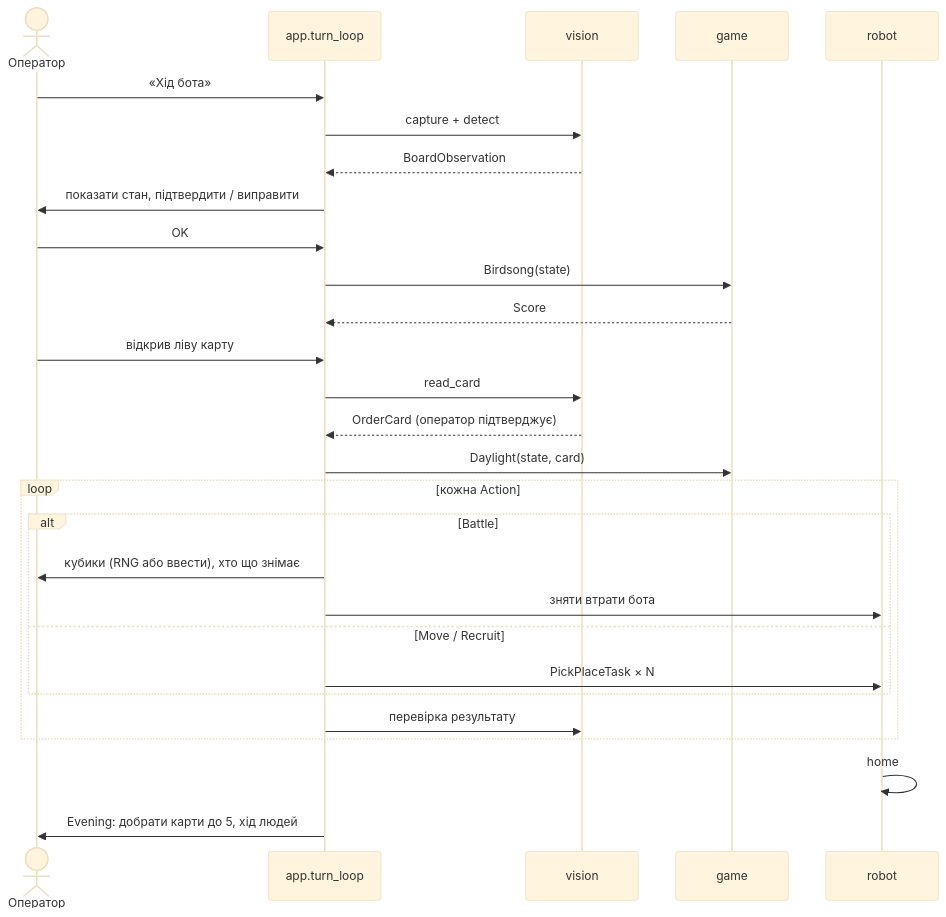
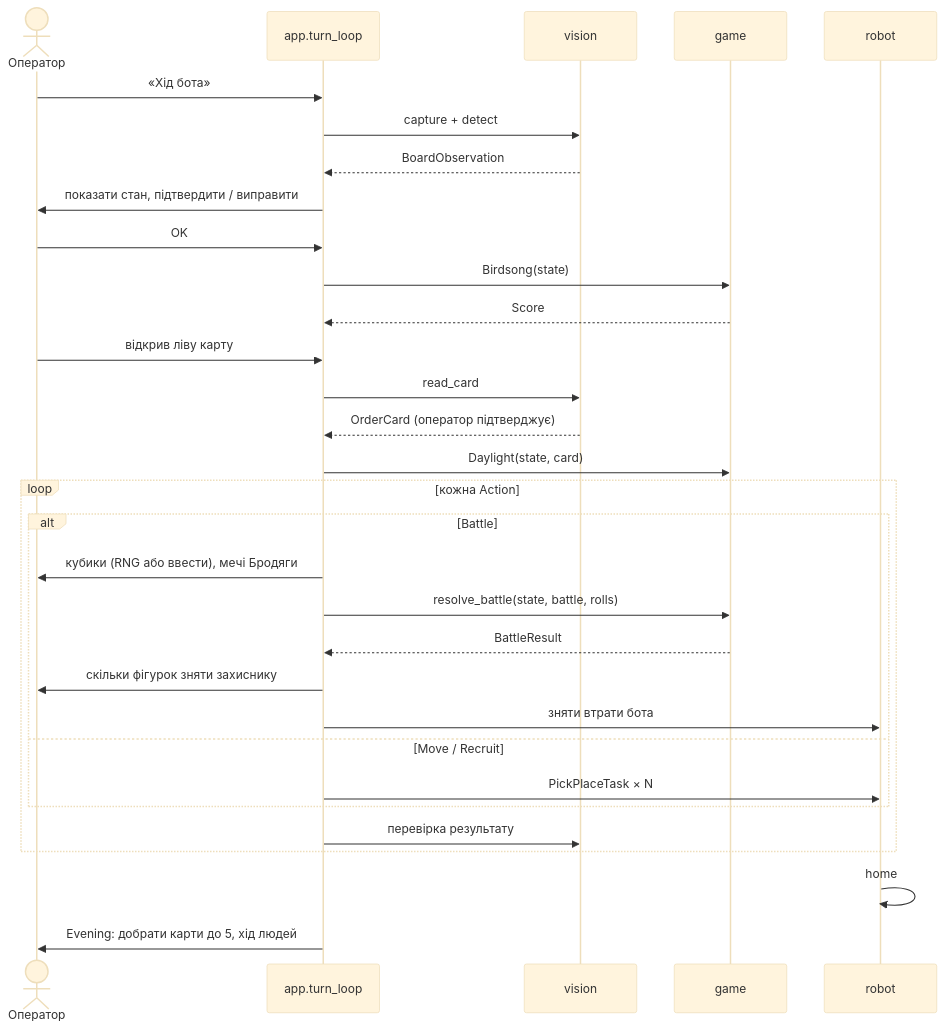
The second of 2 diagrams in docs/architecture.md (olenakshyk/RootBot), drawn with Mermaid (base theme) before and after one commit. The commit also changed other lines of this file and 4 other files, not shown here.

````diff
--- a/docs/architecture.md
+++ b/docs/architecture.md
@@ -132,31 +139,34 @@
 ```mermaid
 sequenceDiagram
     actor Op as Оператор
     participant App as app.turn_loop
     participant Vis as vision
     participant Game as game
     participant Rob as robot
 
     Op->>App: «Хід бота»
     App->>Vis: capture + detect
     Vis-->>App: BoardObservation
     App->>Op: показати стан, підтвердити / виправити
     Op->>App: OK
     App->>Game: Birdsong(state)
     Game-->>App: Score
     Op->>App: відкрив ліву карту
     App->>Vis: read_card
     Vis-->>App: OrderCard (оператор підтверджує)
     App->>Game: Daylight(state, card)
     loop кожна Action
         alt Battle
-            App->>Op: кубики (RNG або ввести), хто що знімає
+            App->>Op: кубики (RNG або ввести), мечі Бродяги
+            App->>Game: resolve_battle(state, battle, rolls)
+            Game-->>App: BattleResult
+            App->>Op: скільки фігурок зняти захиснику
             App->>Rob: зняти втрати бота
         else Move / Recruit
             App->>Rob: PickPlaceTask × N
         end
         App->>Vis: перевірка результату
     end
     Rob->>Rob: home
     App->>Op: Evening: добрати карти до 5, хід людей
 ```
````
